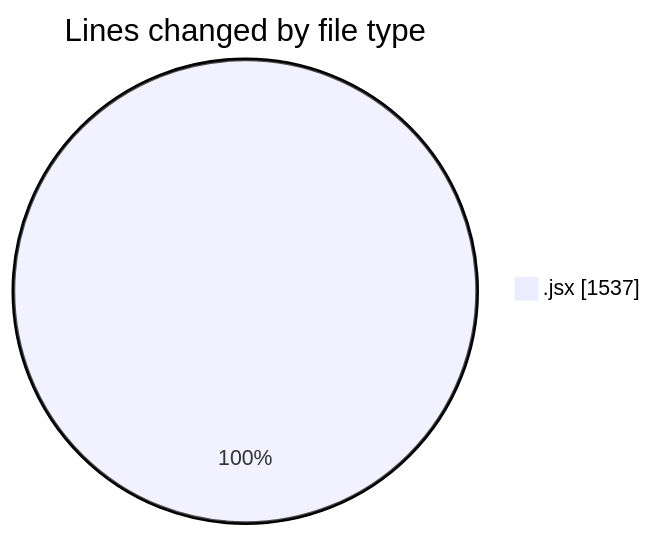
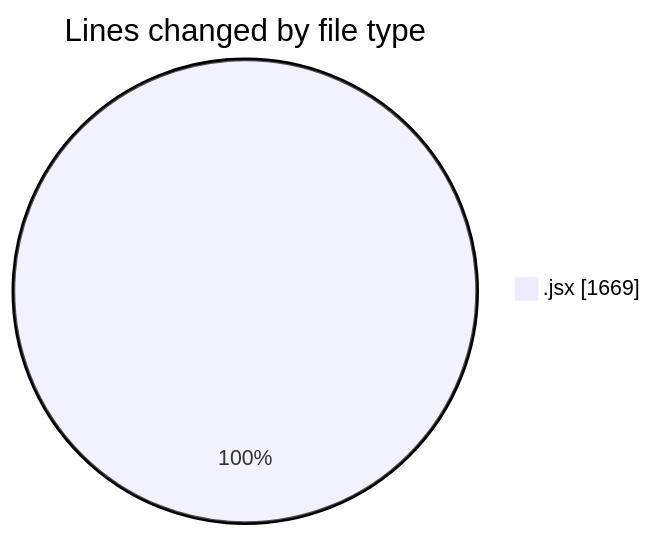
The first of 2 diagrams in 2025-06-14/nxtqube_webapp/README.md (nxtqubesakshisongat/code-tracking), drawn with Mermaid before and after one commit. The commit also changed other lines of this file and 1 other file, not shown here.

````diff
--- a/2025-06-14/nxtqube_webapp/README.md
+++ b/2025-06-14/nxtqube_webapp/README.md
@@ -21,5 +22,5 @@
 ```mermaid
 pie showData
 title Lines changed by file type
-".jsx" : 1537
+".jsx" : 1669
 ```
````
